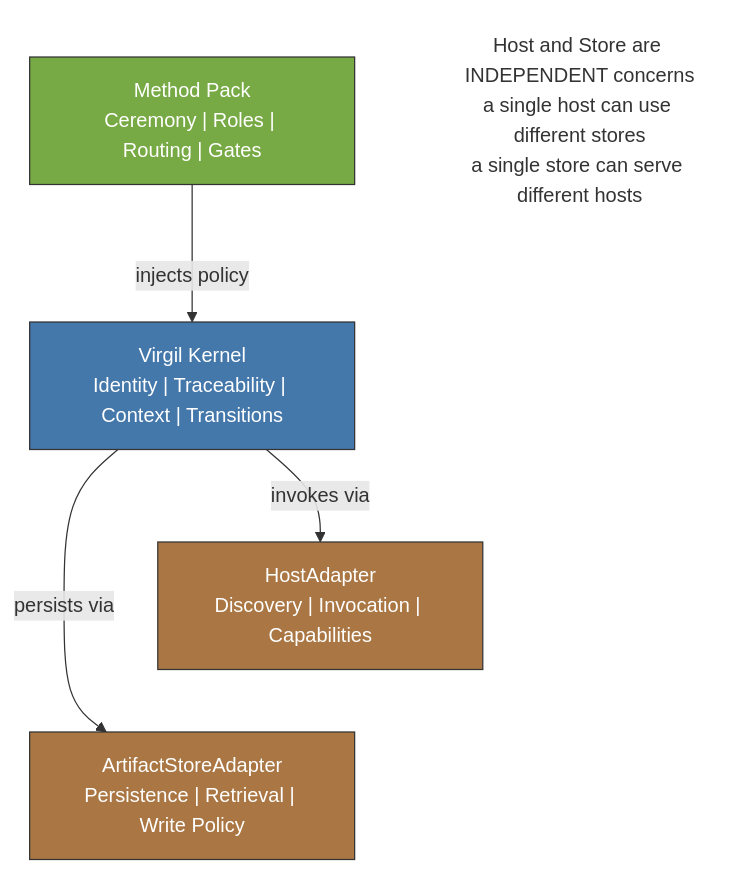
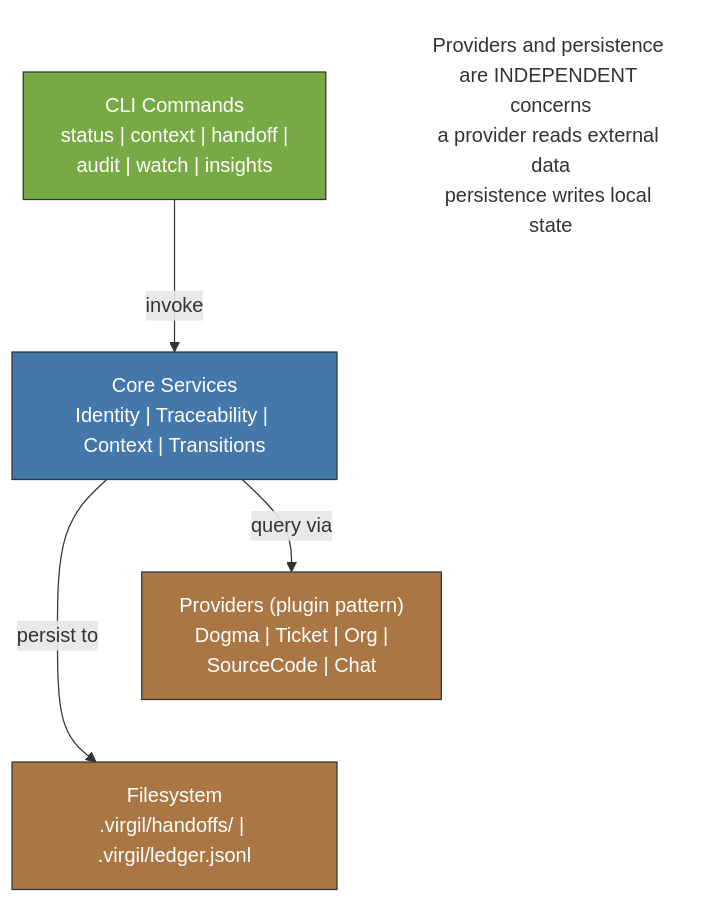
Before and after one commit to virgenherrera/virgil: the second of 3 diagrams in docs/reference/principia/sections/09-interaction-model.md, drawn with Mermaid. The commit also changed other lines of this file and 31 other files, not shown here.

````diff
--- a/docs/reference/principia/sections/09-interaction-model.md
+++ b/docs/reference/principia/sections/09-interaction-model.md
@@ -67,21 +65,21 @@
 ```mermaid
 flowchart TD
-    PACK["Method Pack\nCeremony | Roles | Routing | Gates"]
-    PACK -->|"injects policy"| VIRGIL
+    COMMANDS["CLI Commands\nstatus | context | handoff |\naudit | watch | insights"]
+    COMMANDS -->|"invoke"| SERVICES
 
-    VIRGIL["Virgil Kernel\nIdentity | Traceability | Context | Transitions"]
-    VIRGIL -->|"invokes via"| HOST
-    VIRGIL -->|"persists via"| STORE
+    SERVICES["Core Services\nIdentity | Traceability | Context | Transitions"]
+    SERVICES -->|"query via"| PROVIDERS
+    SERVICES -->|"persist to"| FS
 
-    HOST["HostAdapter\nDiscovery | Invocation | Capabilities"]
-    STORE["ArtifactStoreAdapter\nPersistence | Retrieval | Write Policy"]
+    PROVIDERS["Providers (plugin pattern)\nDogma | Ticket | Org |\nSourceCode | Chat"]
+    FS["Filesystem\n.virgil/handoffs/ | .virgil/ledger.jsonl"]
 
-    HOST ~~~ STORE
-    NOTE["Host and Store are INDEPENDENT concerns\na single host can use different stores\na single store can serve different hosts"]
+    PROVIDERS ~~~ FS
+    NOTE["Providers and persistence are INDEPENDENT concerns\na provider reads external data\npersistence writes local state"]
 
-    style PACK fill:#7a4,stroke:#333,color:#fff
-    style VIRGIL fill:#47a,stroke:#333,color:#fff
-    style HOST fill:#a74,stroke:#333,color:#fff
-    style STORE fill:#a74,stroke:#333,color:#fff
+    style COMMANDS fill:#7a4,stroke:#333,color:#fff
+    style SERVICES fill:#47a,stroke:#333,color:#fff
+    style PROVIDERS fill:#a74,stroke:#333,color:#fff
+    style FS fill:#a74,stroke:#333,color:#fff
     style NOTE fill:none,stroke:none
 ```
````
